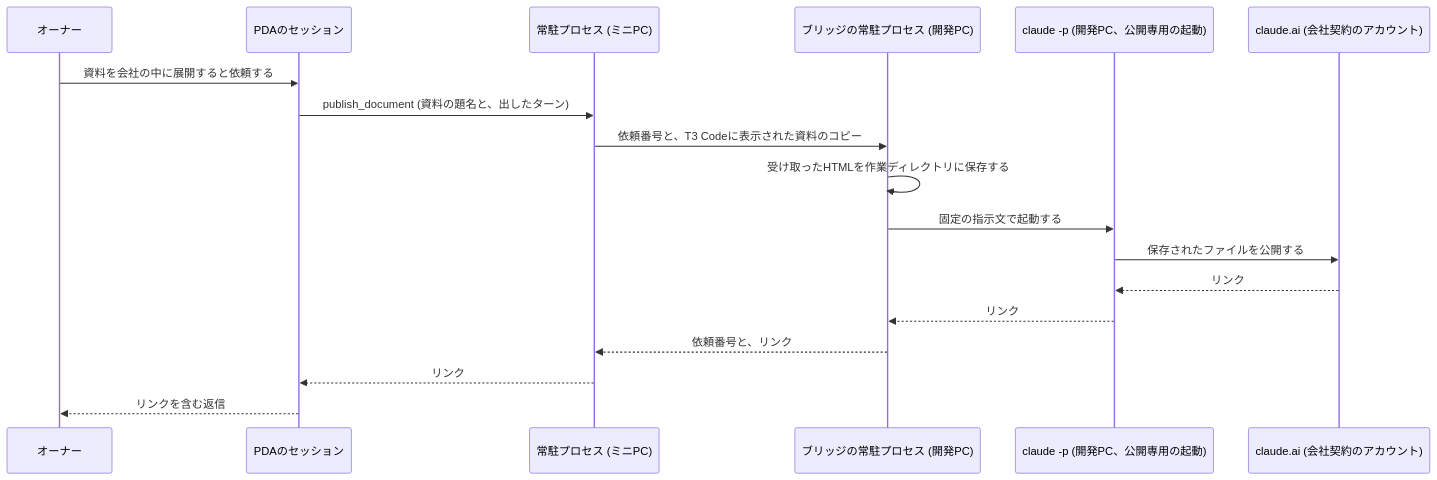
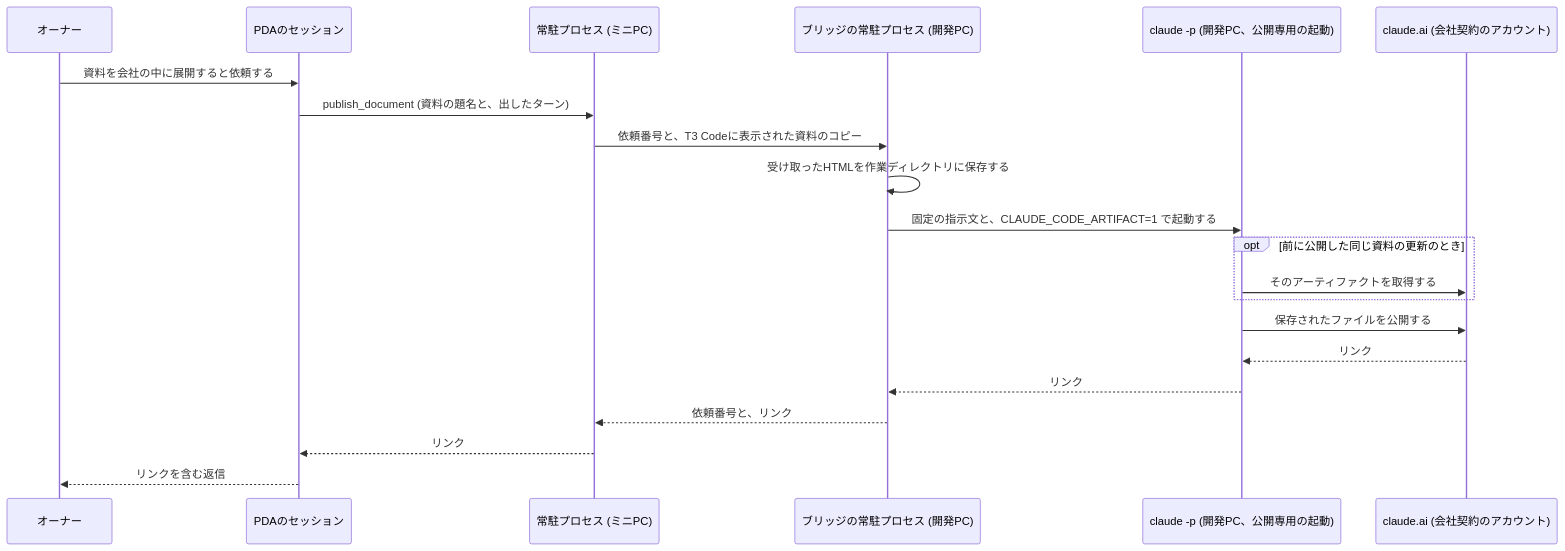
One commit to myurait/pda changed the third of 4 diagrams in docs/claude-unification/design-stage2.md. Above: the diagram before and after it, drawn with Mermaid. The commit also changed other lines of this file and 2 other files, not shown here.

Commit message:
公開専用のclaude -pにCLAUDE_CODE_ARTIFACT=1を付ける方針に決め、試験の結果を段階2の記録に足す

````diff
--- a/docs/claude-unification/design-stage2.md
+++ b/docs/claude-unification/design-stage2.md
@@ -200,20 +200,23 @@
 ```mermaid
 sequenceDiagram
   participant O as オーナー
   participant S as PDAのセッション
   participant D as 常駐プロセス (ミニPC)
   participant B as ブリッジの常駐プロセス (開発PC)
   participant C as claude -p (開発PC、公開専用の起動)
   participant A as claude.ai (会社契約のアカウント)
   O->>S: 資料を会社の中に展開すると依頼する
   S->>D: publish_document (資料の題名と、出したターン)
   D->>B: 依頼番号と、T3 Codeに表示された資料のコピー
   B->>B: 受け取ったHTMLを作業ディレクトリに保存する
-  B->>C: 固定の指示文で起動する
+  B->>C: 固定の指示文と、CLAUDE_CODE_ARTIFACT=1 で起動する
+  opt 前に公開した同じ資料の更新のとき
+    C->>A: そのアーティファクトを取得する
+  end
   C->>A: 保存されたファイルを公開する
   A-->>C: リンク
   C-->>B: リンク
   B-->>D: 依頼番号と、リンク
   D-->>S: リンク
   S-->>O: リンクを含む返信
 ```
````
